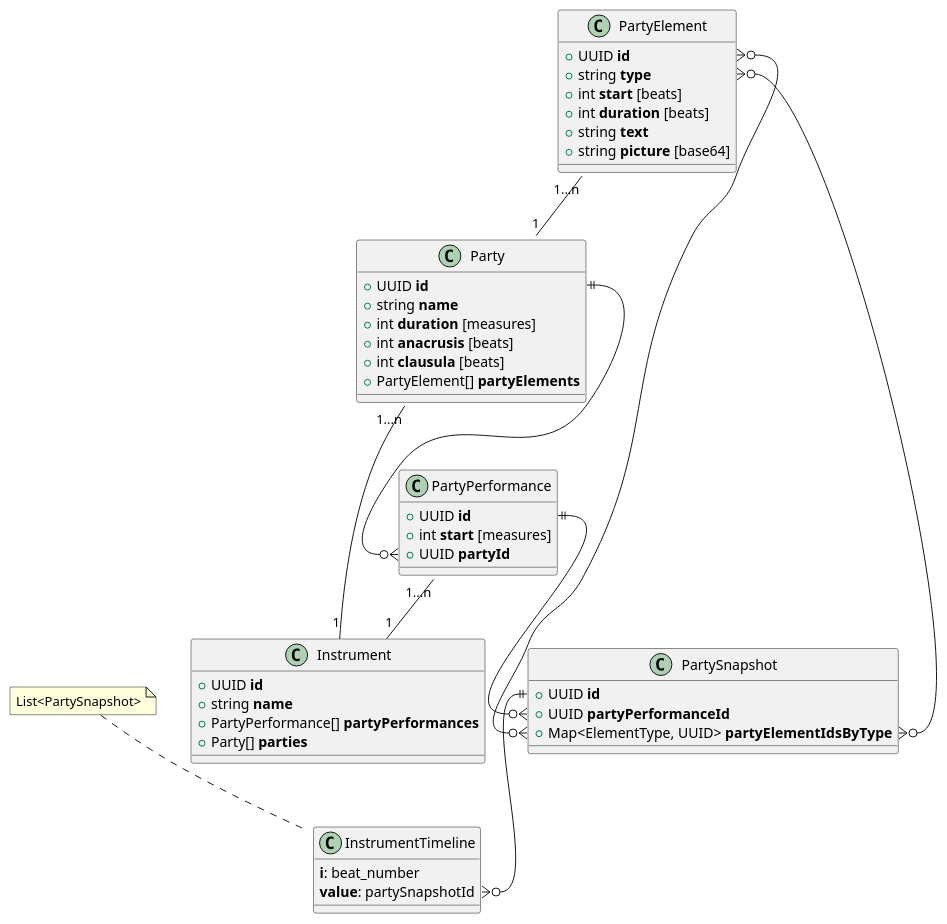
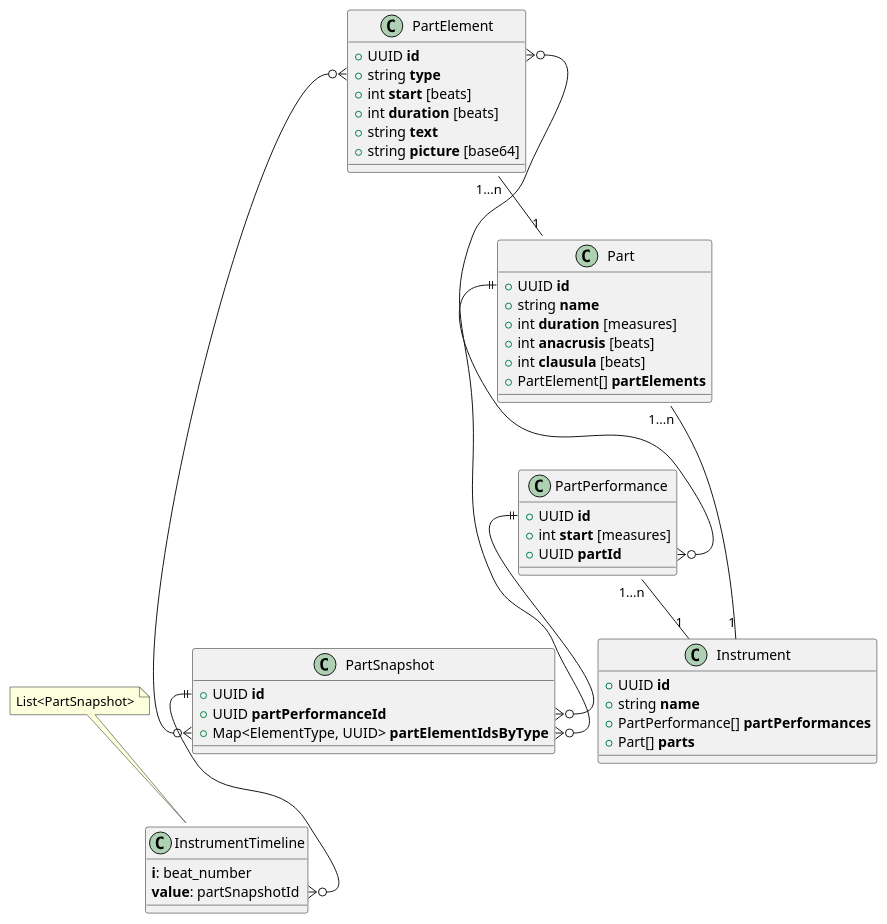
The diagram in doc/instrument-timeline.puml (bcemehob/kapellmeister), drawn with PlantUML before and after one commit. The commit also changed 1 other file, not shown here.

```diff
--- a/doc/instrument-timeline.puml
+++ b/doc/instrument-timeline.puml
@@ -1,59 +1,59 @@
 @startuml
 
 class InstrumentTimeline {
     <b>i</b>: beat_number
-    <b>value</b>: partySnapshotId
+    <b>value</b>: partSnapshotId
 }
 note top {
-List<PartySnapshot>
+List<PartSnapshot>
 }
 
-class PartySnapshot{
+class PartSnapshot{
     + UUID <b>id
-    + UUID <b>partyPerformanceId
-    + Map<ElementType, UUID> <b>partyElementIdsByType
+    + UUID <b>partPerformanceId
+    + Map<ElementType, UUID> <b>partElementIdsByType
 }
 
 class Instrument {
     + UUID <b>id
     + string <b>name
-    + PartyPerformance[] <b>partyPerformances
-    + Party[] <b>parties
+    + PartPerformance[] <b>partPerformances
+    + Part[] <b>parts
 }
 
-class Party {
+class Part {
     + UUID <b>id
     + string <b>name
     + int <b>duration</b> [measures]
     + int <b>anacrusis</b> [beats]
     + int <b>clausula</b> [beats]
-    + PartyElement[] <b>partyElements
+    + PartElement[] <b>partElements
 }
 
-class PartyPerformance {
+class PartPerformance {
     + UUID <b>id
     + int <b>start</b> [measures]
-    + UUID <b>partyId
+    + UUID <b>partId
 }
 
-class PartyElement {
+class PartElement {
     + UUID <b>id
     + string <b>type
     + int <b>start</b> [beats]
     + int <b>duration</b> [beats]
     + string <b>text</b>
     + string <b>picture</b> [base64]
 }
 
 
-Party "1...n" -- "1" Instrument
-PartyElement "1...n" -- "1" Party
-PartyPerformance "1...n" -- "1" Instrument
-'PartPerformance::partyId }o---||  Party::id
-Party::id ||--o{ PartyPerformance::partyId
-PartySnapshot::id ||--o{ InstrumentTimeline::value
-PartyPerformance::id ||--o{ PartySnapshot::partyPerformanceId
-PartyElement::id }o--o{ PartySnapshot::partyElementIds
-PartyElement::type }o--o{ PartySnapshot::partyElementIds
+PartElement "1...n" -- "1" Part
+PartPerformance "1...n" -- "1" Instrument
+Part "1...n" -- "1" Instrument
+'PartPerformance::partId }o---||  Part::id
+Part::id ||--o{ PartPerformance::partId
+PartSnapshot::id ||--o{ InstrumentTimeline::value
+PartElement::type }o--o{ PartSnapshot::partElementIds
+PartPerformance::id ||--o{ PartSnapshot::partPerformanceId
+PartElement::id }o--o{ PartSnapshot::partElementIds
 
 @enduml
```
